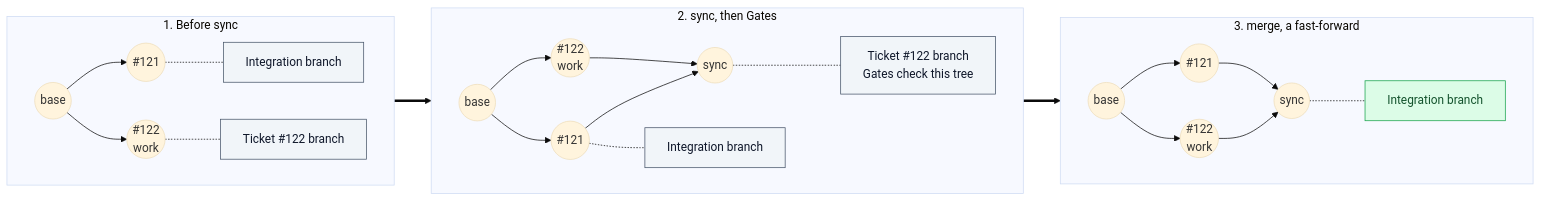
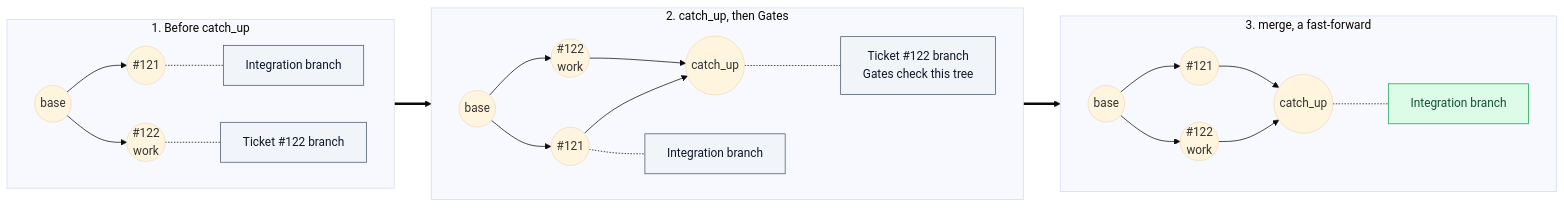
Before and after one commit to Zepp333333/factory: the seventh of 9 diagrams in docs/guide/03-how-a-run-works.md, drawn with Mermaid (base theme). The commit also changed other lines of this file and 54 other files, not shown here.

First line of the commit message:
Rename Operation sync to catch_up, the Gates after it to combined and Role ci_fixer to ci-fixer, and make factory check name the new names (#318)

````diff
--- a/docs/guide/03-how-a-run-works.md
+++ b/docs/guide/03-how-a-run-works.md
@@ -186,30 +186,30 @@
 ```mermaid
 flowchart LR
-    subgraph s1["1. Before sync"]
+    subgraph s1["1. Before catch_up"]
         direction LR
         a0(("base")) --> a1(("#121"))
         a0 --> a2(("#122<br/>work"))
         a1 -.- ai["Integration branch"]:::ptr
         a2 -.- at["Ticket #122 branch"]:::ptr
     end
-    subgraph s2["2. sync, then Gates"]
+    subgraph s2["2. catch_up, then Gates"]
         direction LR
         b0(("base")) --> b1(("#121"))
         b0 --> b2(("#122<br/>work"))
-        b1 --> b3(("sync"))
+        b1 --> b3(("catch_up"))
         b2 --> b3
         b1 -.- bi["Integration branch"]:::ptr
         b3 -.- bt["Ticket #122 branch<br/>Gates check this tree"]:::ptr
     end
     subgraph s3["3. merge, a fast-forward"]
         direction LR
         c0(("base")) --> c1(("#121"))
         c0 --> c2(("#122<br/>work"))
-        c1 --> c3(("sync"))
+        c1 --> c3(("catch_up"))
         c2 --> c3
         c3 -.- ci["Integration branch"]:::moved
     end
     s1 ==> s2 ==> s3
     classDef ptr fill:#f1f5f9,stroke:#475569,color:#0f172a
     classDef moved fill:#dcfce7,stroke:#16a34a,color:#14532d
 ```
````
